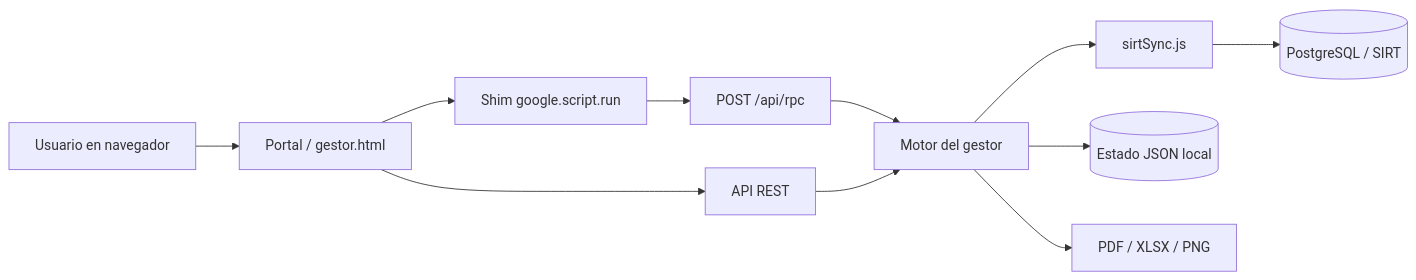
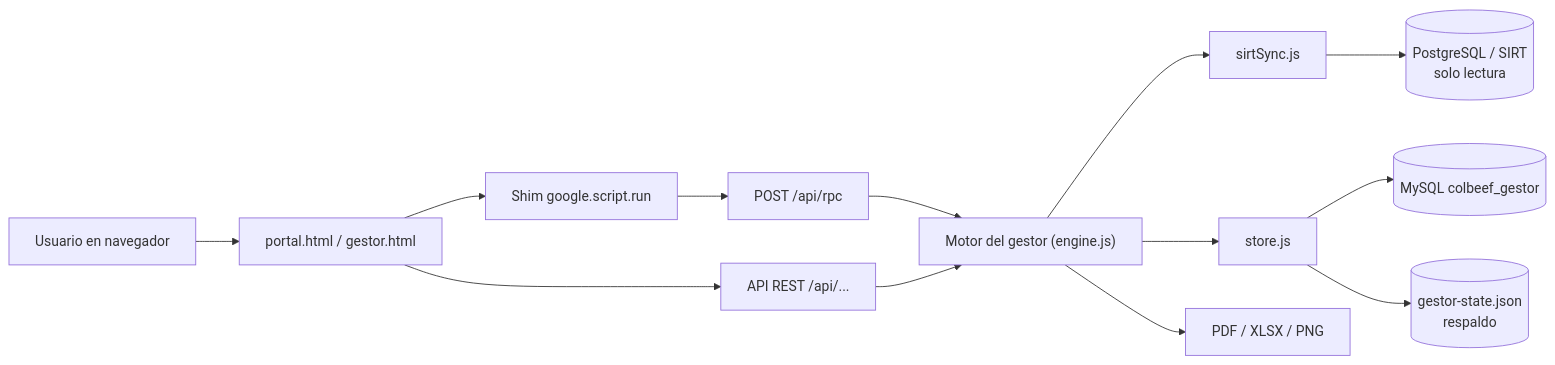
The diagram in README.md (desarrollotecnologia/Colbeef-_Gestor-de-V-sceras), drawn with Mermaid before and after one commit. The commit also changed other lines of this file and 17 other files, not shown here.

````diff
--- a/README.md
+++ b/README.md
@@ -141,13 +120,15 @@
 ```mermaid
 flowchart LR
-    U[Usuario en navegador] --> P[Portal / gestor.html]
-    P --> S[Shim google.script.run]
-    S --> R[POST /api/rpc]
-    P --> A[API REST]
-    R --> E[Motor del gestor]
+    U[Usuario en navegador] --> P["portal.html / gestor.html"]
+    P --> S["Shim google.script.run"]
+    S --> R["POST /api/rpc"]
+    P --> A["API REST /api/..."]
+    R --> E["Motor del gestor (engine.js)"]
     A --> E
-    E --> SYNC[sirtSync.js]
-    SYNC --> DB[(PostgreSQL / SIRT)]
-    E --> ST[(Estado JSON local)]
-    E --> PDF[PDF / XLSX / PNG]
+    E --> SYNC["sirtSync.js"]
+    SYNC --> DB[("PostgreSQL / SIRT<br/>solo lectura")]
+    E --> ST["store.js"]
+    ST --> MY[("MySQL colbeef_gestor")]
+    ST --> J[("gestor-state.json<br/>respaldo")]
+    E --> OUT["PDF / XLSX / PNG"]
 ```
````
